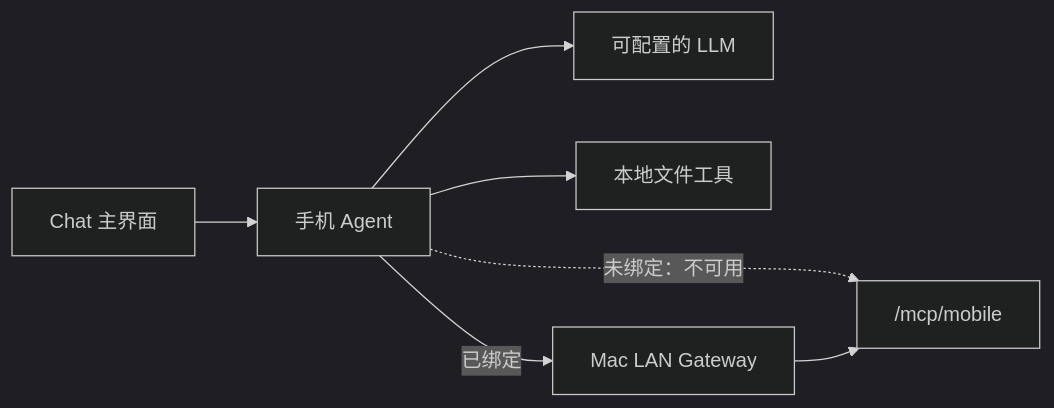
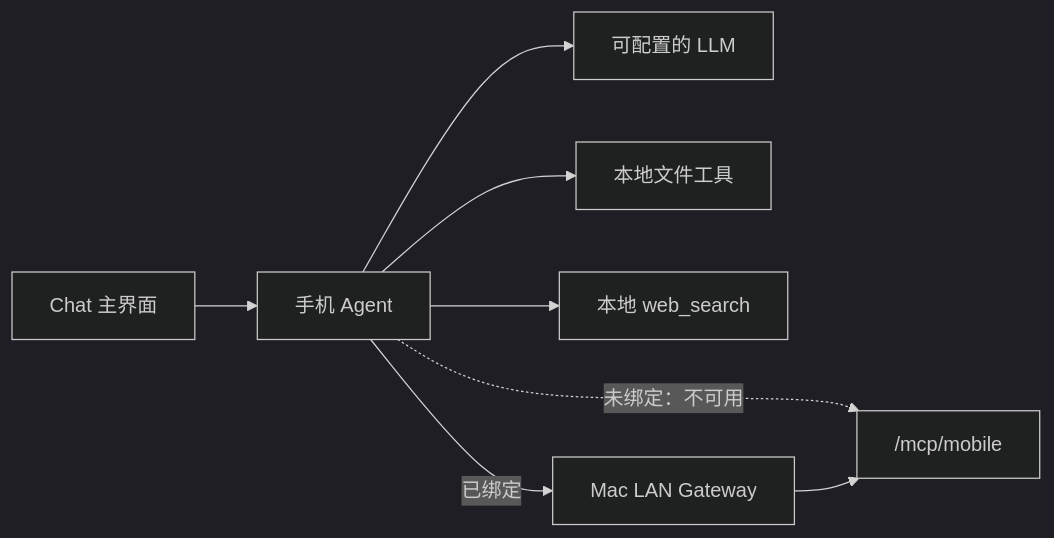
The first of 3 diagrams in docs/archive/v0.1/workbench-android-architecture.md (lulufoo/lulu-spark), drawn with Mermaid (dark theme) before and after one commit. The commit also changed other lines of this file and 13 other files, not shown here.

First line of the commit message:
feat(agent): add local web_search via Tavily keyless

````diff
--- a/docs/archive/v0.1/workbench-android-architecture.md
+++ b/docs/archive/v0.1/workbench-android-architecture.md
@@ -30,9 +30,10 @@
 ```mermaid
 flowchart LR
   UI[Chat 主界面] --> Agent[手机 Agent]
   Agent --> LLM[可配置的 LLM]
   Agent --> Fs[本地文件工具]
+  Agent --> Web[本地 web_search]
   Agent -.->|未绑定：不可用| MCP
   Agent -->|已绑定| GW[Mac LAN Gateway]
   GW --> MCP["/mcp/mobile"]
 ```
````
